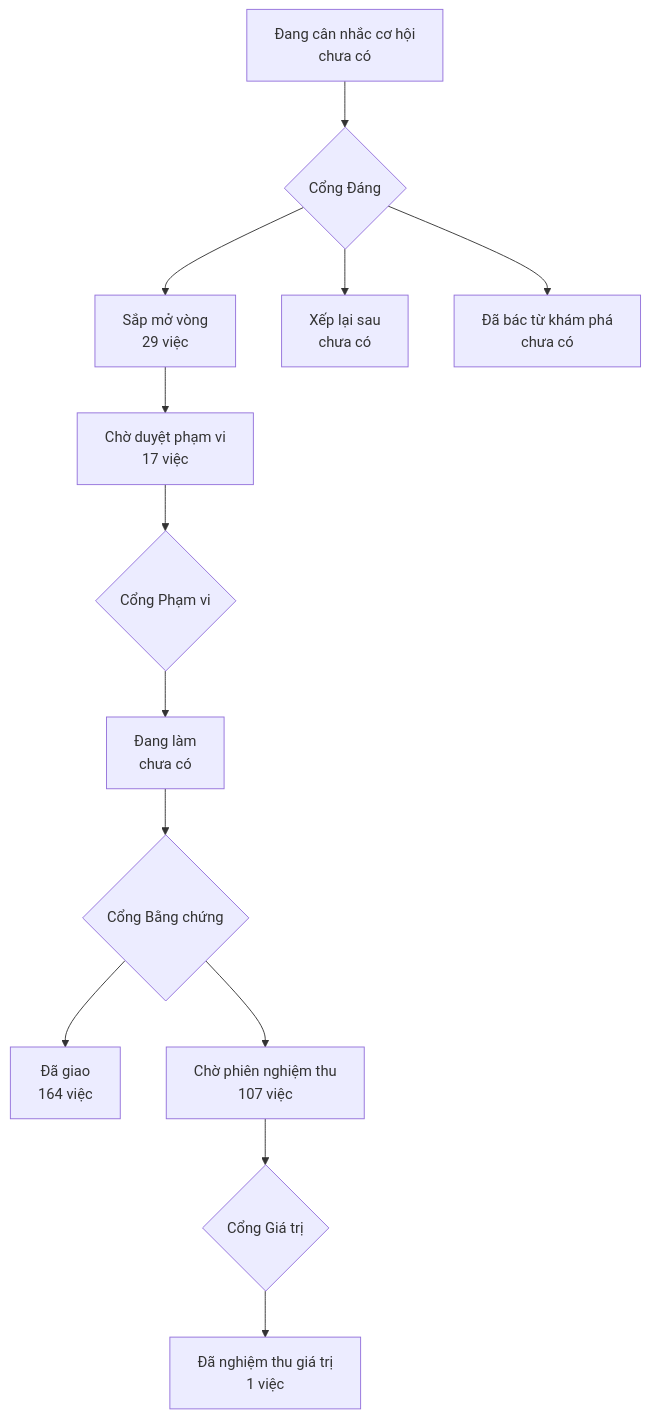
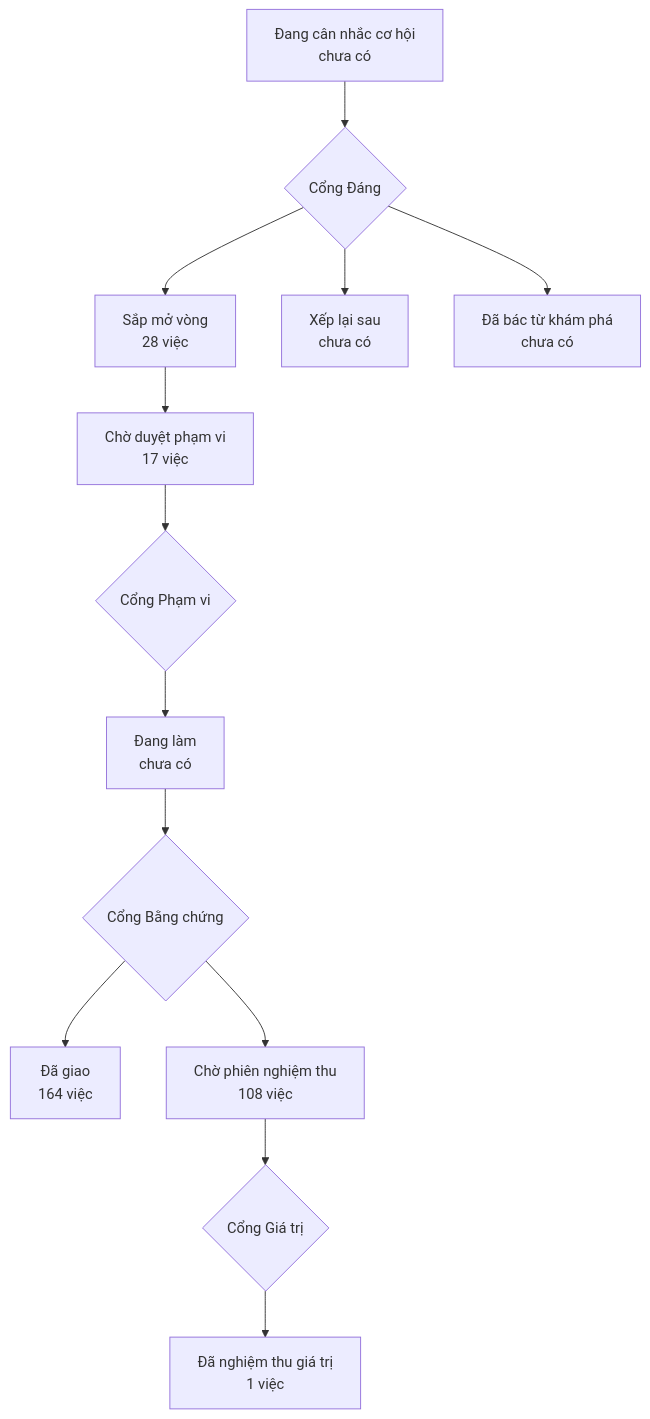
The diagram in PRODUCT-MAP.md (phanlemanh/onehub-invest), drawn with Mermaid before and after one commit. The commit also changed other lines of this file and 1 other file, not shown here.

Commit message:
chore(product-map): vẽ lại sau khi gộp main

````diff
--- a/PRODUCT-MAP.md
+++ b/PRODUCT-MAP.md
@@ -7,12 +7,12 @@
 ```mermaid
 flowchart TD
   A["Đang cân nhắc cơ hội<br/>chưa có"] --> GD{"Cổng Đáng"}
-  GD --> B["Sắp mở vòng<br/>29 việc"]
+  GD --> B["Sắp mở vòng<br/>28 việc"]
   GD --> XL["Xếp lại sau<br/>chưa có"]
   GD --> DB["Đã bác từ khám phá<br/>chưa có"]
   B --> CD["Chờ duyệt phạm vi<br/>17 việc"] --> GP{"Cổng Phạm vi"}
   GP --> DL["Đang làm<br/>chưa có"] --> GB{"Cổng Bằng chứng"}
   GB --> DG["Đã giao<br/>164 việc"]
-  GB --> CN["Chờ phiên nghiệm thu<br/>107 việc"] --> GG{"Cổng Giá trị"}
+  GB --> CN["Chờ phiên nghiệm thu<br/>108 việc"] --> GG{"Cổng Giá trị"}
   GG --> NT["Đã nghiệm thu giá trị<br/>1 việc"]
 ```
````
